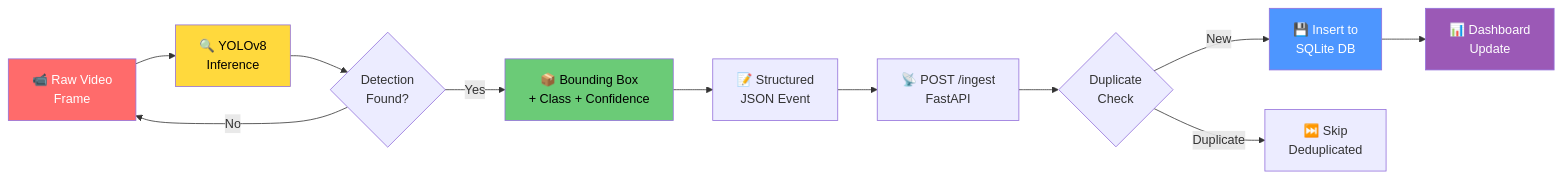
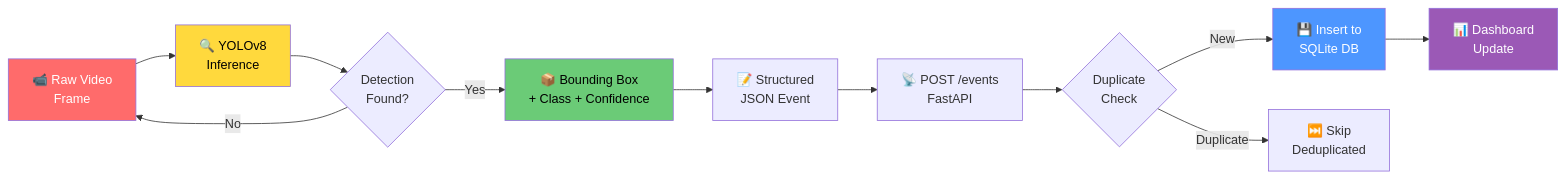
Before and after one commit to Sushantcod/sih2026-sankalp: the third of 15 diagrams in README.md, drawn with Mermaid. The commit also changed other lines of this file and 56 other files, not shown here.

````diff
--- a/README.md
+++ b/README.md
@@ -175,19 +239,19 @@
 ```mermaid
 flowchart LR
     A[📹 Raw Video<br/>Frame] --> B[🔍 YOLOv8<br/>Inference]
     B --> C{Detection<br/>Found?}
     C -->|Yes| D[📦 Bounding Box<br/>+ Class + Confidence]
     C -->|No| A
     D --> E[📝 Structured<br/>JSON Event]
-    E --> F[📡 POST /ingest<br/>FastAPI]
+    E --> F[📡 POST /events<br/>FastAPI]
     F --> G{Duplicate<br/>Check}
     G -->|New| H[💾 Insert to<br/>SQLite DB]
     G -->|Duplicate| I[⏭️ Skip<br/>Deduplicated]
     H --> J[📊 Dashboard<br/>Update]
 
     style A fill:#ff6b6b,color:#fff
     style B fill:#ffd93d,color:#000
     style D fill:#6bcb77,color:#000
     style H fill:#4d96ff,color:#fff
     style J fill:#9b59b6,color:#fff
 ```
````
